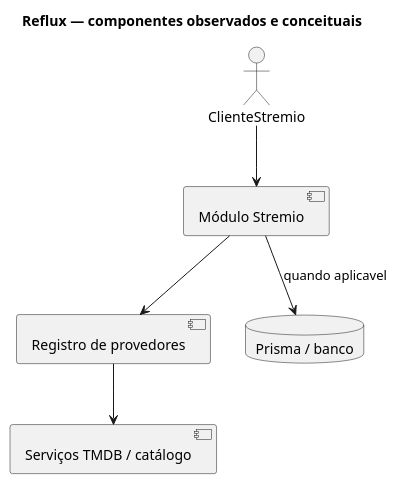
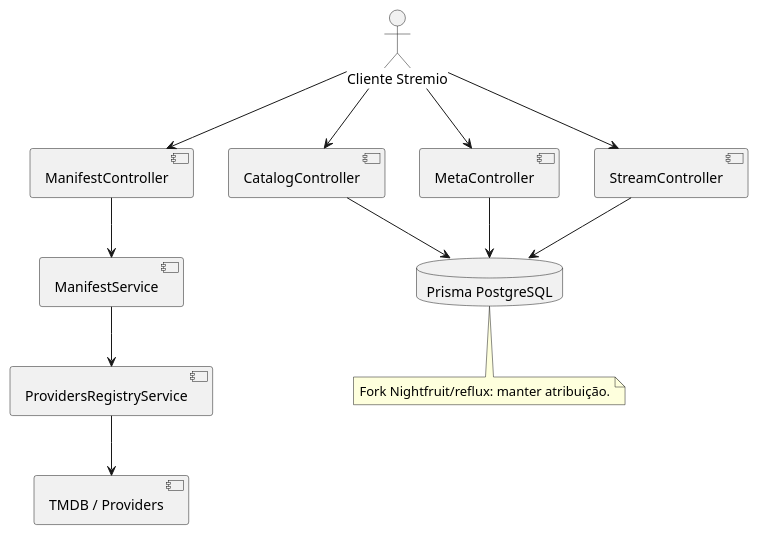
The diagram in docs/UML.puml (DanieldeAlmeida2024/reflux), drawn with PlantUML before and after one commit. The commit also changed 10 other files, not shown here.

```diff
--- a/docs/UML.puml
+++ b/docs/UML.puml
@@ -1,12 +1,24 @@
 @startuml
-title Reflux — componentes observados e conceituais
-actor ClienteStremio
-component "Módulo Stremio" as Stremio
-component "Registro de provedores" as Provedores
-component "Serviços TMDB / catálogo" as Catalogo
-database "Prisma / banco" as Banco
-ClienteStremio --> Stremio
-Stremio --> Provedores
-Provedores --> Catalogo
-Stremio --> Banco : quando aplicavel
+actor "Cliente Stremio" as C
+component "ManifestController" as Manifest
+component "CatalogController" as Cat
+component "MetaController" as Meta
+component "StreamController" as Stream
+component "ManifestService" as Service
+component "ProvidersRegistryService" as Registry
+component "TMDB / Providers" as Ext
+database "Prisma PostgreSQL" as DB
+C --> Manifest
+C --> Cat
+C --> Meta
+C --> Stream
+Manifest --> Service
+Service --> Registry
+Registry --> Ext
+Cat --> DB
+Meta --> DB
+Stream --> DB
+note bottom
+Fork Nightfruit/reflux: manter atribuição.
+end note
 @enduml
```
